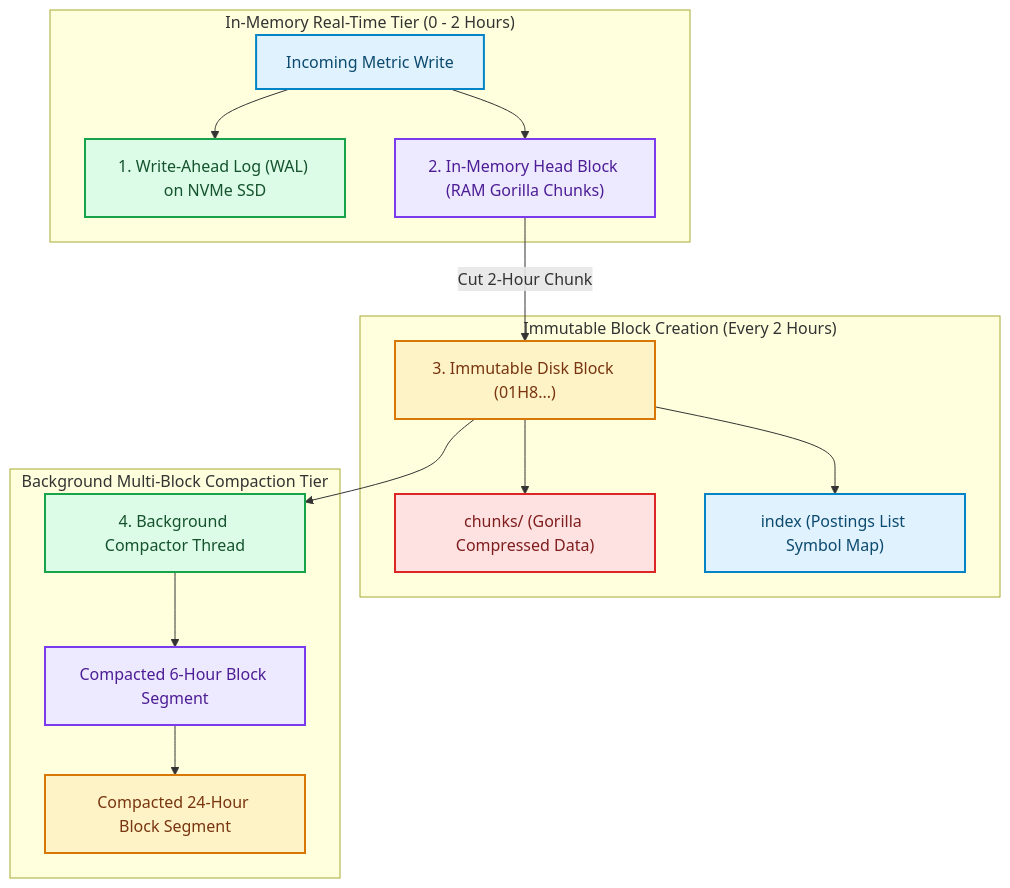
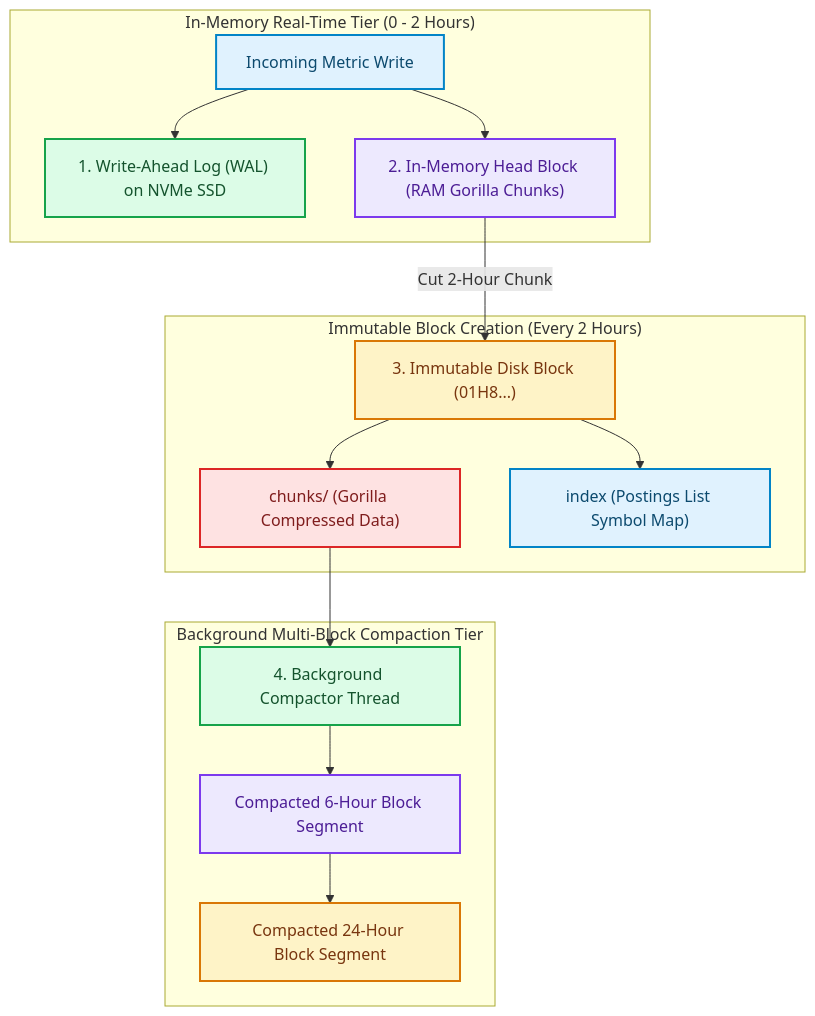
Before and after one commit to akmalkhaniub/akmalkhaniub.github.io: the diagram in blog/posts/in-memory-columnar-chunk-compaction-prometheus-victoriametrics.md, drawn with Mermaid. The commit also changed other lines of this file and 894 other files, not shown here.

Commit message:
feat(blog): upgrade all 444 posts with unique staggered dates, 2-col Mermaid spines, benchmark tables, code blocks, and trade-offs

````diff
--- a/blog/posts/in-memory-columnar-chunk-compaction-prometheus-victoriametrics.md
+++ b/blog/posts/in-memory-columnar-chunk-compaction-prometheus-victoriametrics.md
@@ -19,30 +19,30 @@
 ```mermaid
 flowchart TD
   subgraph SG1_InMemoryReal ["In-Memory Real-Time Tier (0 - 2 Hours)"]
     Metric["Incoming Metric Write"] --> WAL["1. Write-Ahead Log (WAL) on NVMe SSD"]
     Metric --> HeadBlock["2. In-Memory Head Block (RAM Gorilla Chunks)"]
   end
   
   subgraph SG2_ImmutableBlockCreation ["Immutable Block Creation (Every 2 Hours)"]
     HeadBlock -->|Cut 2-Hour Chunk| BlockDir["3. Immutable Disk Block (01H8...)"]
     BlockDir --> Chunks["chunks/ (Gorilla Compressed Data)"]
     BlockDir --> InvertedIndex["index (Postings List Symbol Map)"]
   end
   
   subgraph SG3_BackgroundMultiBlock ["Background Multi-Block Compaction Tier"]
-    BlockDir --> Compactor["4. Background Compactor Thread"]
+    Chunks --> Compactor["4. Background Compactor Thread"]
     Compactor --> Block6h["Compacted 6-Hour Block Segment"]
     Block6h --> Block24h["Compacted 24-Hour Block Segment"]
   end
 
 classDef green fill:#dcfce7,stroke:#16a34a,stroke-width:2px,color:#14532d;
 classDef red fill:#fee2e2,stroke:#dc2626,stroke-width:2px,color:#7f1d1d;
 classDef blue fill:#e0f2fe,stroke:#0284c7,stroke-width:2px,color:#0c4a6e;
 classDef yellow fill:#fef3c7,stroke:#d97706,stroke-width:2px,color:#78350f;
 classDef purple fill:#ede9fe,stroke:#7c3aed,stroke-width:2px,color:#4c1d95;
 class Metric,InvertedIndex blue
 class WAL,Compactor green
 class HeadBlock,Block6h purple
 class BlockDir,Block24h yellow
 class Chunks red
 ```
````
